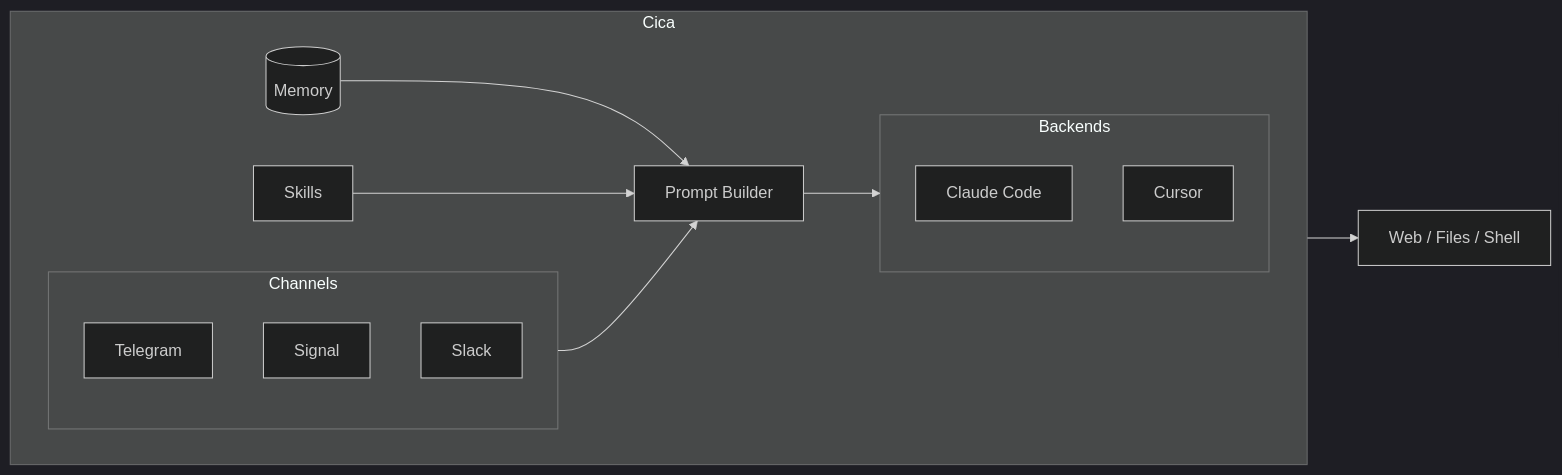
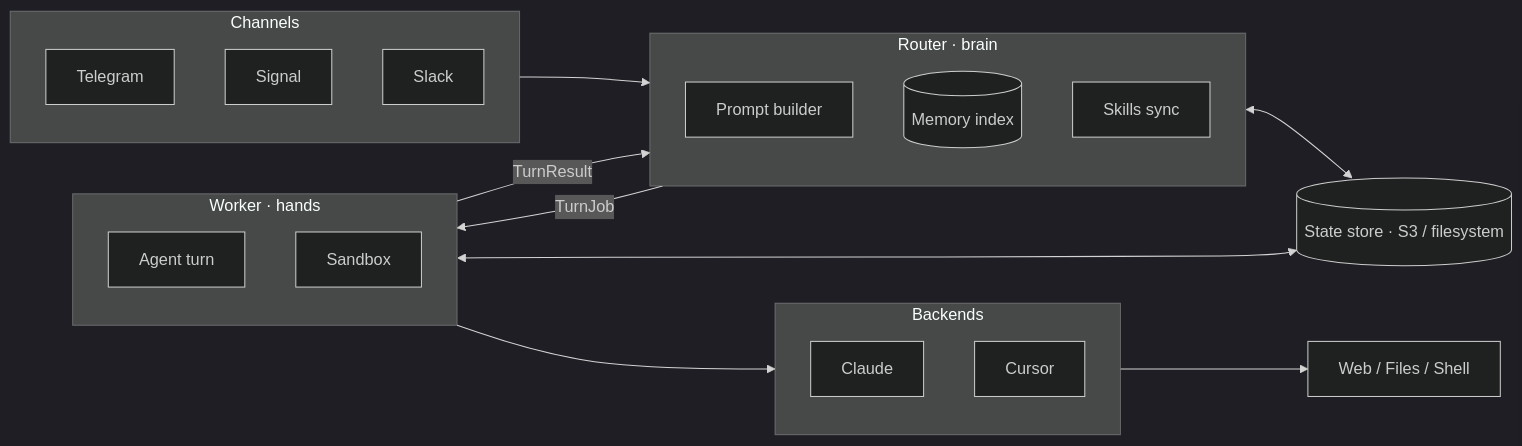
The diagram in README.md (oxideai/cica), drawn with Mermaid (dark theme) before and after one commit. The commit also changed other lines of this file and 3 other files, not shown here.

Commit message:
docs: rewrite README + add architecture, configuration, and example config (#21)

````diff
--- a/README.md
+++ b/README.md
@@ -66,21 +89,35 @@
 ```mermaid
 flowchart LR
-    subgraph Cica
-        direction LR
-        subgraph Channels
-            TG[Telegram]
-            SG[Signal]
-            SL[Slack]
-        end
-        MEM[(Memory)] --> PB
-        SK[Skills] --> PB
-        Channels --> PB[Prompt Builder]
-        subgraph Backends
-            CC[Claude Code]
-            CU[Cursor]
-        end
-        PB --> Backends
+    subgraph Channels
+        TG[Telegram]
+        SG[Signal]
+        SL[Slack]
     end
-    
+
+    Channels --> Router
+
+    subgraph Router [Router · brain]
+        PB[Prompt builder]
+        MEMIDX[(Memory index)]
+        SKSYNC[Skills sync]
+    end
+
+    Router -- TurnJob --> Worker
+    Worker -- TurnResult --> Router
+
+    subgraph Worker [Worker · hands]
+        AGENT[Agent turn]
+        SBX[Sandbox]
+    end
+
+    Worker --> Backends
+    subgraph Backends
+        CC[Claude]
+        CU[Cursor]
+    end
     Backends --> Tools[Web / Files / Shell]
+
+    Store[(State store · S3 / filesystem)]
+    Router <--> Store
+    Worker <--> Store
 ```
````
